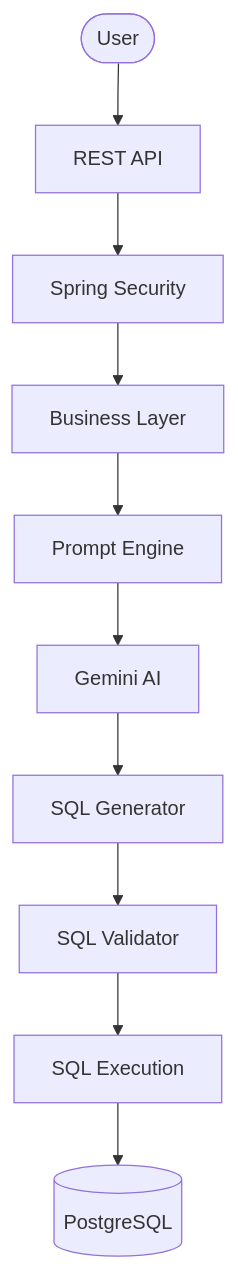
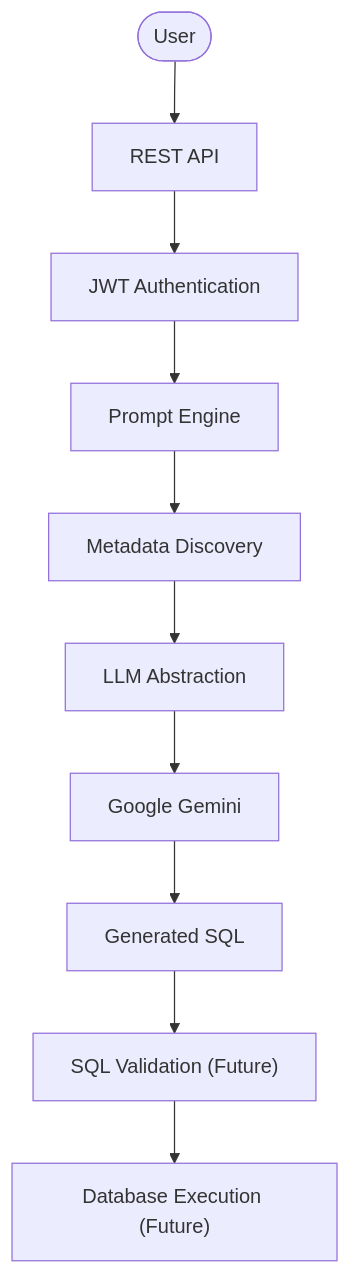
The first of 3 diagrams in README.md (the-illuminatus/QueryPilot-DataEngineering), drawn with Mermaid before and after one commit. The commit also changed other lines of this file, not shown here.

````diff
--- a/README.md
+++ b/README.md
@@ -61,12 +73,12 @@
 ```mermaid
 flowchart TD
     User([User]) --> API[REST API]
-    API --> Security[Spring Security]
-    Security --> Business[Business Layer]
-    Business --> Prompt[Prompt Engine]
-    Prompt --> Gemini[Gemini AI]
-    Gemini --> Generator[SQL Generator]
-    Generator --> Validator[SQL Validator]
-    Validator --> Execution[SQL Execution]
-    Execution --> DB[(PostgreSQL)]
+    API --> JWT[JWT Authentication]
+    JWT --> Prompt[Prompt Engine]
+    Prompt --> Metadata[Metadata Discovery]
+    Metadata --> LLM[LLM Abstraction]
+    LLM --> Gemini[Google Gemini]
+    Gemini --> SQL[Generated SQL]
+    SQL --> Validator["SQL Validation (Future)"]
+    Validator --> Execution["Database Execution (Future)"]
 ```
````
